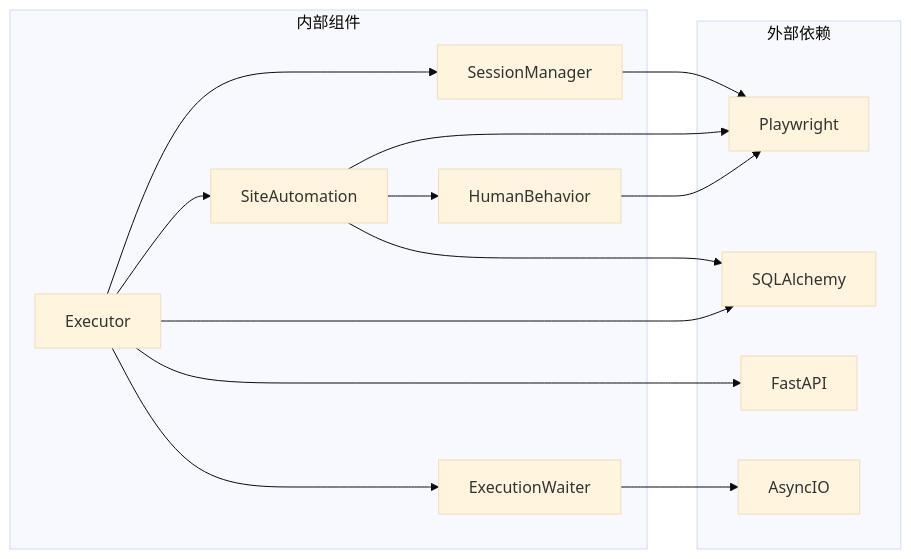
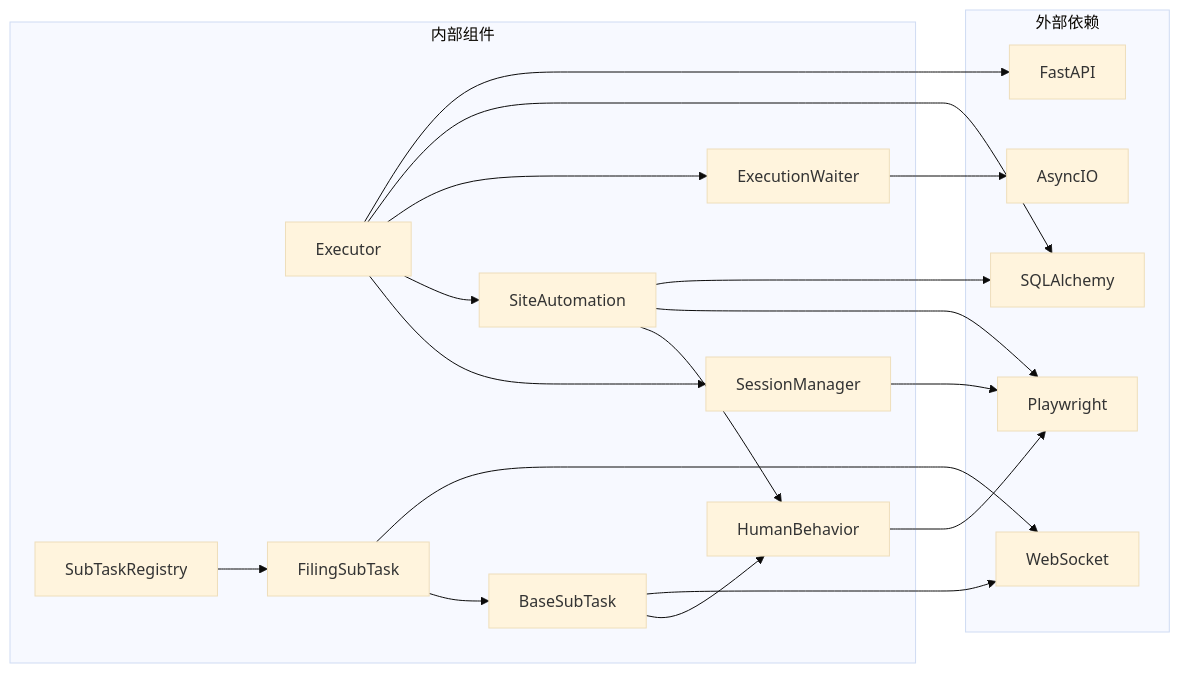
Before and after one commit to onebody/ccclubs_AI_RPA: the eighth of 8 diagrams in .qoder/repowiki/zh/content/浏览器自动化/人性化行为模拟.md, drawn with Mermaid (base theme). The commit also changed other lines of this file and 50 other files, not shown here.

Commit message:
fix: 修复 WebSocket 广播可靠性 - 增加错误日志和临时错误容错

````diff
--- a/.qoder/repowiki/zh/content/浏览器自动化/人性化行为模拟.md
+++ b/.qoder/repowiki/zh/content/浏览器自动化/人性化行为模拟.md
@@ -279,27 +412,36 @@
 ```mermaid
 graph LR
 subgraph "外部依赖"
 PW[Playwright]
 SQL[SQLAlchemy]
 FAST[FastAPI]
 ASYNC[AsyncIO]
+WS[WebSocket]
 end
 subgraph "内部组件"
 HB[HumanBehavior]
 SA[SiteAutomation]
 SM[SessionManager]
 EX[Executor]
 WT[ExecutionWaiter]
+BST[BaseSubTask]
+FST[FilingSubTask]
+STR[SubTaskRegistry]
 end
 HB --> PW
 SA --> HB
 SA --> PW
 SM --> PW
 EX --> SM
 EX --> SA
 EX --> WT
+BST --> HB
+FST --> BST
+STR --> FST
 WT --> ASYNC
 EX --> SQL
 SA --> SQL
 EX --> FAST
+BST --> WS
+FST --> WS
 ```
````
